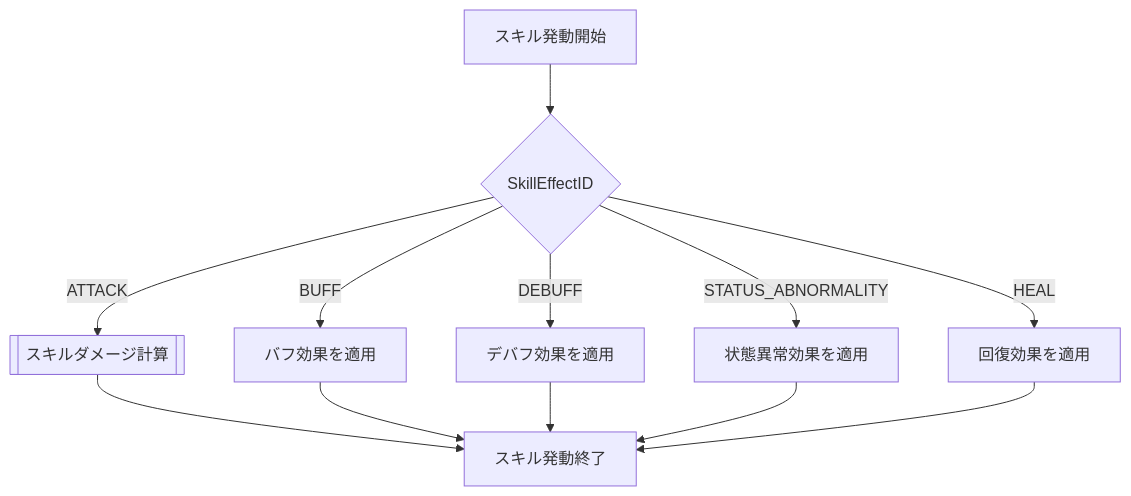
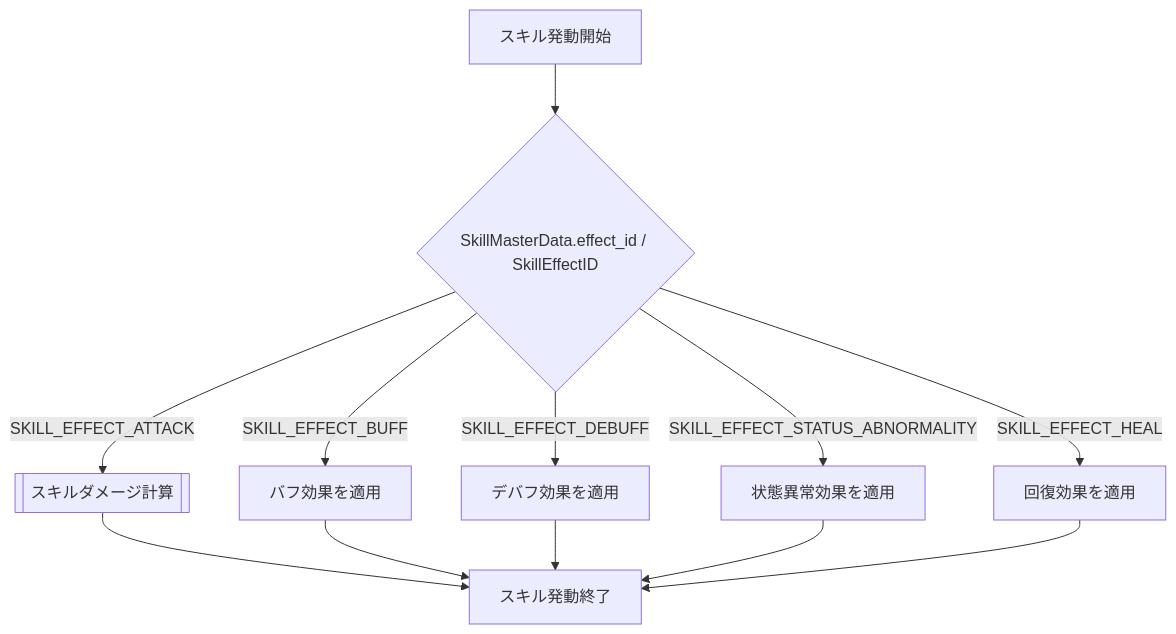
Before and after one commit to ReHydrangeaOdyssey/Specifications: the third of 5 diagrams in design/game/battle.md, drawn with Mermaid. The commit also changed other lines of this file and 12 other files, not shown here.

Commit message:
図などの名称の統一

````diff
--- a/design/game/battle.md
+++ b/design/game/battle.md
@@ -101,18 +101,18 @@
 ```mermaid
 flowchart TD;
     Start[スキル発動開始];
-    Effect{SkillEffectID};
+    Effect{SkillMasterData.effect_id / SkillEffectID};
     Attack[[スキルダメージ計算]];
     Buff[バフ効果を適用];
     Debuff[デバフ効果を適用];
     Status[状態異常効果を適用];
     Heal[回復効果を適用];
     End[スキル発動終了];
 
     Start --> Effect;
-    Effect -- ATTACK --> Attack --> End;
-    Effect -- BUFF --> Buff --> End;
-    Effect -- DEBUFF --> Debuff --> End;
-    Effect -- STATUS_ABNORMALITY --> Status --> End;
-    Effect -- HEAL --> Heal --> End;
+    Effect -- SKILL_EFFECT_ATTACK --> Attack --> End;
+    Effect -- SKILL_EFFECT_BUFF --> Buff --> End;
+    Effect -- SKILL_EFFECT_DEBUFF --> Debuff --> End;
+    Effect -- SKILL_EFFECT_STATUS_ABNORMALITY --> Status --> End;
+    Effect -- SKILL_EFFECT_HEAL --> Heal --> End;
 ```
````
